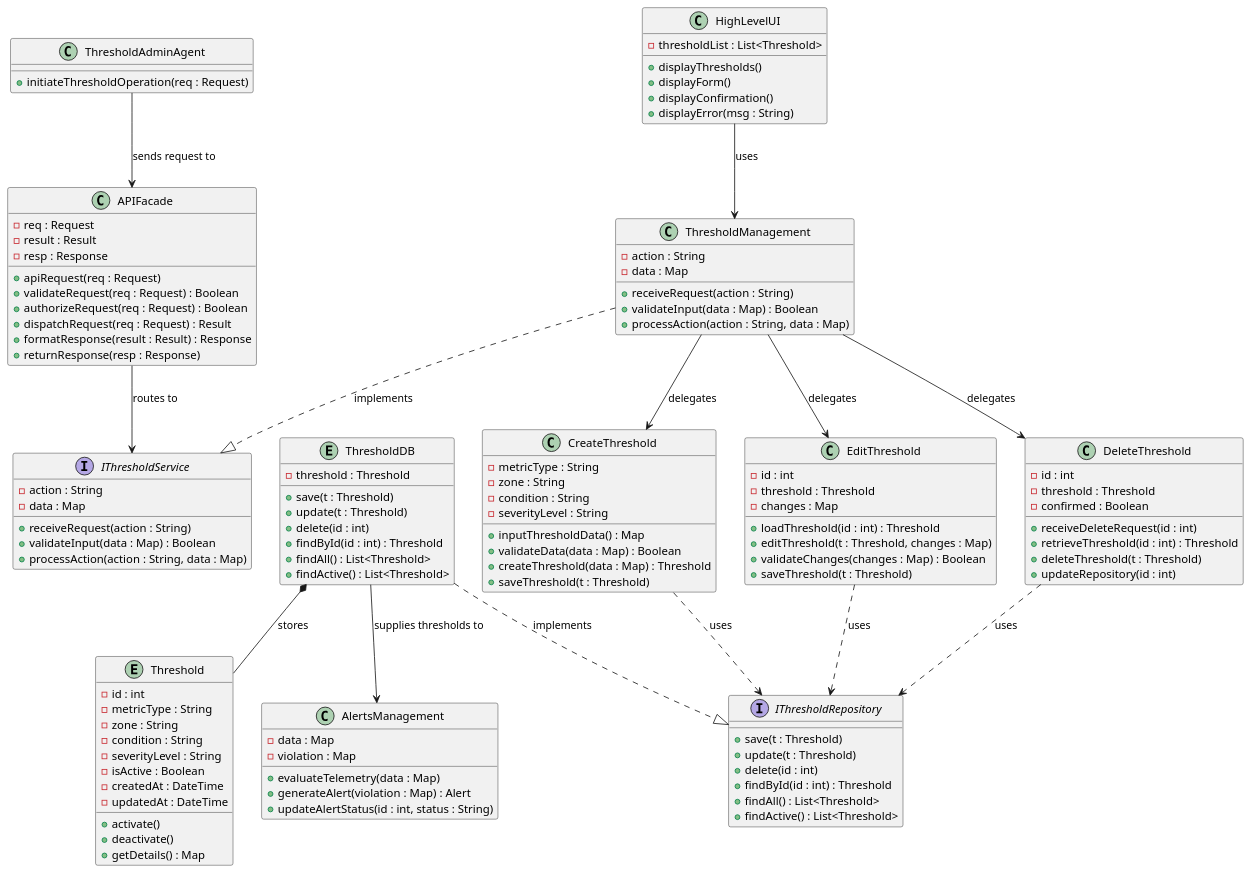
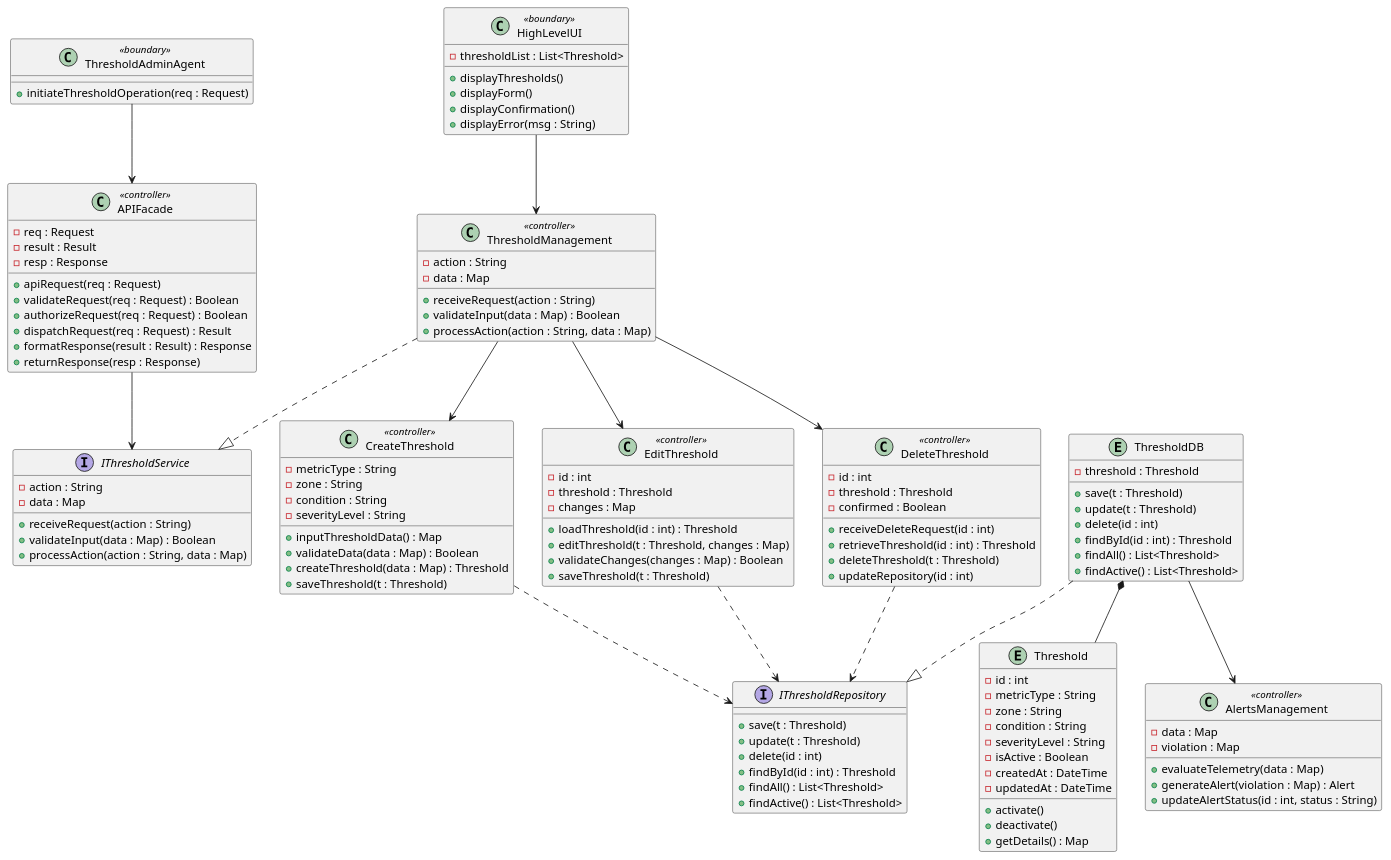
Before and after one commit to harmanpreet-sagar/sfwreng-3a04-group6-t01-scemas: the diagram in docs/diagrams/plantuml/class/thresh_subsystem.puml, drawn with PlantUML. The commit also changed 1 other file, not shown here.

Commit message:
remove line labels and add controller and boundary class labels

```diff
--- a/docs/diagrams/plantuml/class/thresh_subsystem.puml
+++ b/docs/diagrams/plantuml/class/thresh_subsystem.puml
@@ -1,146 +1,146 @@
 @startuml ThresholdManagement_ClassDiagram
 
-class ThresholdAdminAgent {
+class ThresholdAdminAgent <<boundary>> {
   +initiateThresholdOperation(req : Request)
 }
 
-class APIFacade {
+class APIFacade <<controller>>{
   -req : Request
   -result : Result
   -resp : Response
   +apiRequest(req : Request)
   +validateRequest(req : Request) : Boolean
   +authorizeRequest(req : Request) : Boolean
   +dispatchRequest(req : Request) : Result
   +formatResponse(result : Result) : Response
   +returnResponse(resp : Response)
 }
 
 interface IThresholdService {
   -action : String
   -data : Map
   +receiveRequest(action : String)
   +validateInput(data : Map) : Boolean
   +processAction(action : String, data : Map)
 }
 
-class HighLevelUI {
+class HighLevelUI <<boundary>> {
   -thresholdList : List<Threshold>
   +displayThresholds()
   +displayForm()
   +displayConfirmation()
   +displayError(msg : String)
 }
 
-class ThresholdManagement {
+class ThresholdManagement <<controller>>{
   -action : String
   -data : Map
   +receiveRequest(action : String)
   +validateInput(data : Map) : Boolean
   +processAction(action : String, data : Map)
 }
 
-class CreateThreshold {
+class CreateThreshold <<controller>>{
   -metricType : String
   -zone : String
   -condition : String
   -severityLevel : String
   +inputThresholdData() : Map
   +validateData(data : Map) : Boolean
   +createThreshold(data : Map) : Threshold
   +saveThreshold(t : Threshold)
 }
 
-class EditThreshold {
+class EditThreshold <<controller>> {
   -id : int
   -threshold : Threshold
   -changes : Map
   +loadThreshold(id : int) : Threshold
   +editThreshold(t : Threshold, changes : Map)
   +validateChanges(changes : Map) : Boolean
   +saveThreshold(t : Threshold)
 }
 
-class DeleteThreshold {
+class DeleteThreshold <<controller>> {
   -id : int
   -threshold : Threshold
   -confirmed : Boolean
   +receiveDeleteRequest(id : int)
   +retrieveThreshold(id : int) : Threshold
   +deleteThreshold(t : Threshold)
   +updateRepository(id : int)
 }
 
 interface IThresholdRepository {
   +save(t : Threshold)
   +update(t : Threshold)
   +delete(id : int)
   +findById(id : int) : Threshold
   +findAll() : List<Threshold>
   +findActive() : List<Threshold>
 }
 
 entity ThresholdDB {
   -threshold : Threshold
   +save(t : Threshold)
   +update(t : Threshold)
   +delete(id : int)
   +findById(id : int) : Threshold
   +findAll() : List<Threshold>
   +findActive() : List<Threshold>
 }
 
 entity Threshold {
   -id : int
   -metricType : String
   -zone : String
   -condition : String
   -severityLevel : String
   -isActive : Boolean
   -createdAt : DateTime
   -updatedAt : DateTime
   +activate()
   +deactivate()
   +getDetails() : Map
 }
 
-class AlertsManagement {
+class AlertsManagement <<controller>> {
   -data : Map
   -violation : Map
   +evaluateTelemetry(data : Map)
   +generateAlert(violation : Map) : Alert
   +updateAlertStatus(id : int, status : String)
 }
 
 ' Boundary → APIFacade
-ThresholdAdminAgent --> APIFacade          : sends request to
+ThresholdAdminAgent --> APIFacade
 
 ' APIFacade routes through interface
-APIFacade --> IThresholdService            : routes to
+APIFacade --> IThresholdService
 
 ' HighLevelUI communicates with ThresholdManagement directly (display layer)
-HighLevelUI --> ThresholdManagement        : uses
+HighLevelUI --> ThresholdManagement
 
 ' ThresholdManagement implements the service interface
-ThresholdManagement ..|> IThresholdService : implements
+ThresholdManagement ..|> IThresholdService
 
 ' ThresholdManagement delegates to operation controllers
-ThresholdManagement --> CreateThreshold    : delegates
-ThresholdManagement --> EditThreshold      : delegates
-ThresholdManagement --> DeleteThreshold    : delegates
+ThresholdManagement --> CreateThreshold
+ThresholdManagement --> EditThreshold
+ThresholdManagement --> DeleteThreshold
 
 ' Operation controllers depend on the repository interface
-CreateThreshold ..> IThresholdRepository   : uses
-EditThreshold ..> IThresholdRepository     : uses
-DeleteThreshold ..> IThresholdRepository   : uses
+CreateThreshold ..> IThresholdRepository
+EditThreshold ..> IThresholdRepository
+DeleteThreshold ..> IThresholdRepository
 
 ' ThresholdDB implements the repository interface
-ThresholdDB ..|> IThresholdRepository      : implements
+ThresholdDB ..|> IThresholdRepository
 
 ' ThresholdDB owns Threshold records
-ThresholdDB *-- Threshold                  : stores
+ThresholdDB *-- Threshold
 
 ' ThresholdDB supplies active thresholds to AlertsManagement
-ThresholdDB --> AlertsManagement           : supplies thresholds to
+ThresholdDB --> AlertsManagement
 
 @enduml
```
